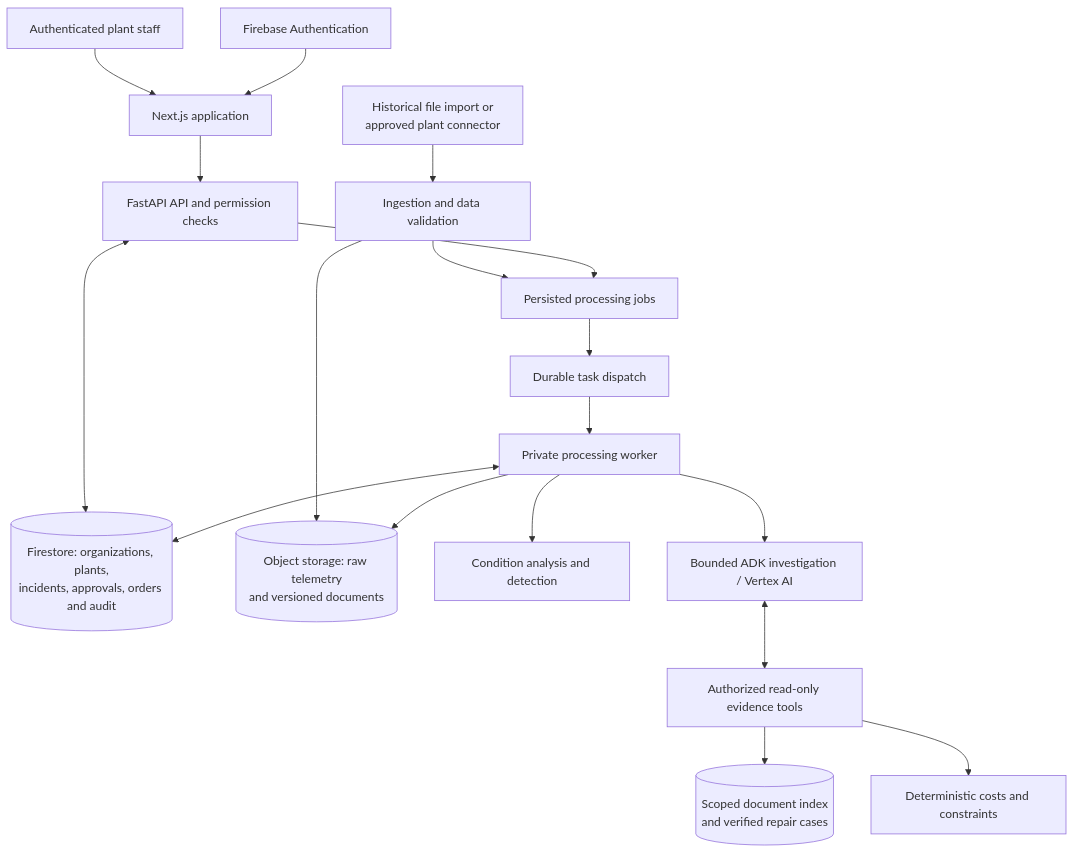
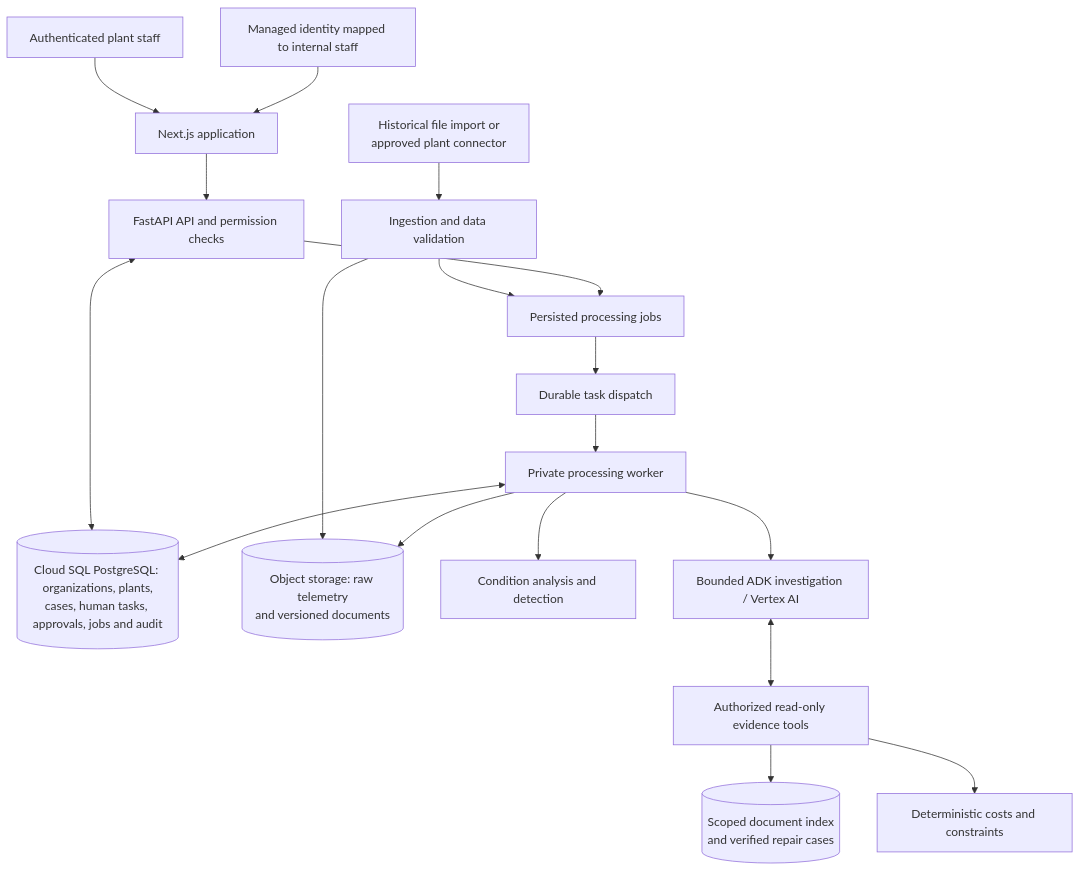
One commit to PIYUSHBONDE/stop-or-ship changed the diagram in docs/architecture/production.md. Above: the diagram before and after it, drawn with Mermaid. The commit also changed other lines of this file and 174 other files, not shown here.

````diff
--- a/docs/architecture/production.md
+++ b/docs/architecture/production.md
@@ -40,21 +40,21 @@
 ```mermaid
 flowchart TD
     Staff["Authenticated plant staff"] --> Web["Next.js application"]
-    Identity["Firebase Authentication"] --> Web
+    Identity["Managed identity mapped to internal staff"] --> Web
     Web --> API["FastAPI API and permission checks"]
-    API <--> State[("Firestore: organizations, plants,<br/>incidents, approvals, orders and audit")]
+    API <--> State[("Cloud SQL PostgreSQL: organizations, plants,<br/>cases, human tasks, approvals, jobs and audit")]
 
     Source["Historical file import or<br/>approved plant connector"] --> Ingest["Ingestion and data validation"]
     Ingest --> Objects[("Object storage: raw telemetry<br/>and versioned documents")]
     Ingest --> Jobs["Persisted processing jobs"]
     API --> Jobs
     Jobs --> Queue["Durable task dispatch"]
     Queue --> Worker["Private processing worker"]
     Worker <--> State
     Worker --> Objects
     Worker --> Detect["Condition analysis and detection"]
     Worker --> AI["Bounded ADK investigation / Vertex AI"]
     AI <--> Evidence["Authorized read-only evidence tools"]
     Evidence --> Knowledge[("Scoped document index<br/>and verified repair cases")]
     Evidence --> Calculate["Deterministic costs and constraints"]
 ```
````
